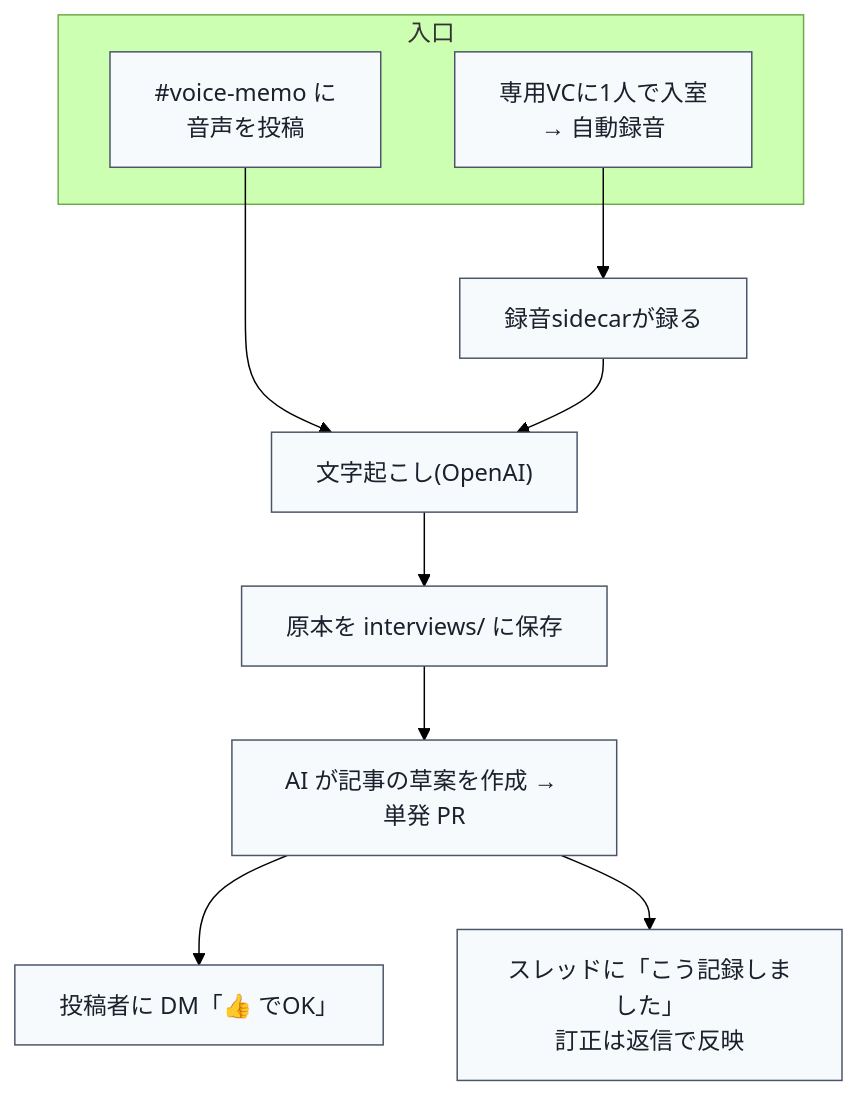
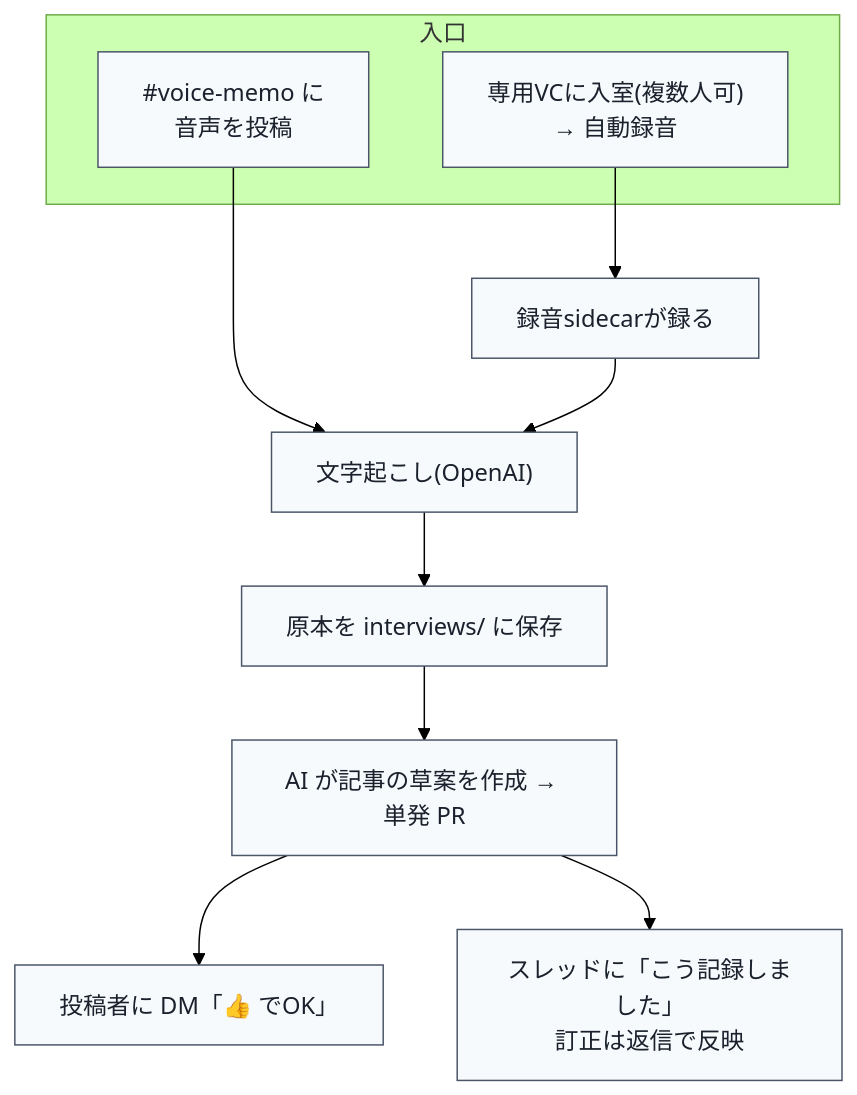
One commit to nekogami6666/knowledge-platform changed the sixth of 12 diagrams in docs/system-overview.md. Above: the diagram before and after it, drawn with Mermaid (forest theme). The commit also changed other lines of this file and 11 other files, not shown here.

````diff
--- a/docs/system-overview.md
+++ b/docs/system-overview.md
@@ -252,16 +252,16 @@
 ```mermaid
 flowchart TB
     subgraph IN2["入口"]
       A1["#voice-memo に<br/>音声を投稿"]
-      A2["専用VCに1人で入室<br/>→ 自動録音"]
+      A2["専用VCに入室(複数人可)<br/>→ 自動録音"]
     end
     A1 --> T["文字起こし(OpenAI)"]
     A2 --> R["録音sidecarが録る"] --> T
     T --> O["原本を interviews/ に保存"]
     O --> DR["AI が記事の草案を作成 → 単発 PR"]
     DR --> DM["投稿者に DM「👍 でOK」"]
     DR --> RE["スレッドに「こう記録しました」<br/>訂正は返信で反映"]
 
     classDef n fill:#f7fafc,stroke:#4a5568,color:#1a202c
     class A1,A2,T,R,O,DR,DM,RE n
 ```
````
